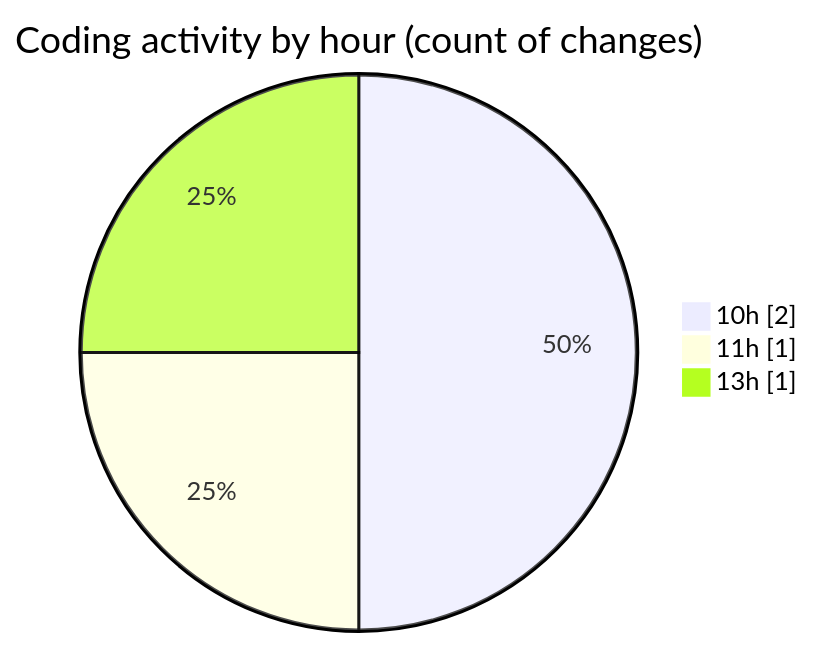
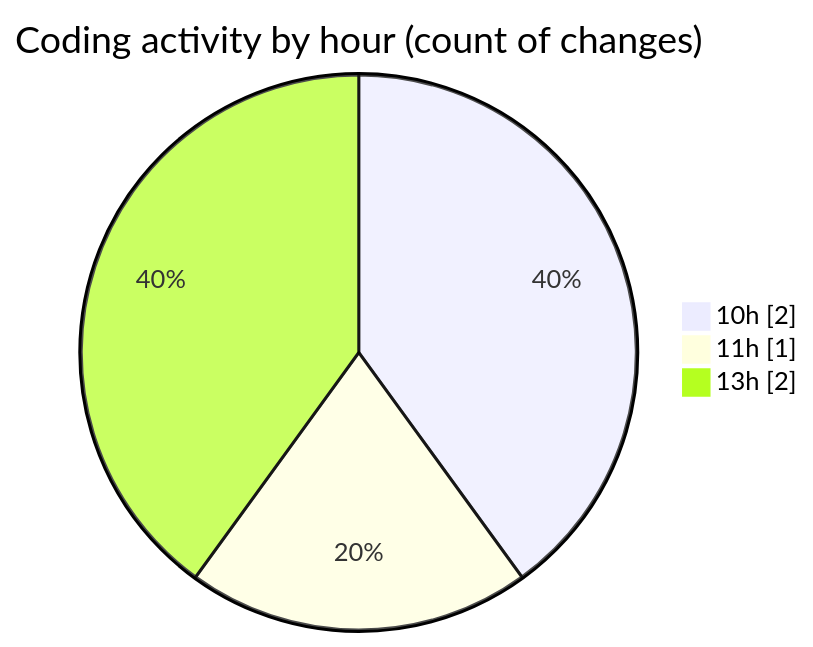
One commit to nxtqubesakshisongat/code-tracking changed the second of 2 diagrams in 2026-03-03/nxtqube_webapp/README.md. Above: the diagram before and after it, drawn with Mermaid. The commit also changed other lines of this file and 1 other file, not shown here.

````diff
--- a/2026-03-03/nxtqube_webapp/README.md
+++ b/2026-03-03/nxtqube_webapp/README.md
@@ -29,7 +31,7 @@
 ```mermaid
 pie showData
 title Coding activity by hour (count of changes)
 "10h" : 2
 "11h" : 1
-"13h" : 1
+"13h" : 2
 ```
````
